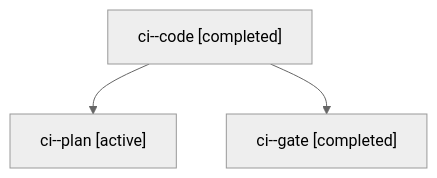
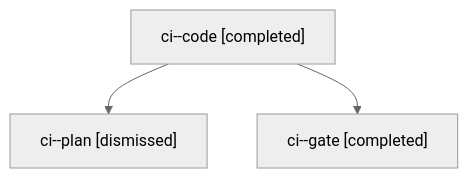
One commit to bobs-org/bob-cli--agents changed the diagram in sessions/bbugyi200.apollo.ci.md. Above: the diagram before and after it, drawn with Mermaid (neutral theme). The commit also changed other lines of this file and 22 other files, not shown here.

````diff
--- a/sessions/bbugyi200.apollo.ci.md
+++ b/sessions/bbugyi200.apollo.ci.md
@@ -9,8 +9,8 @@
 ```mermaid
 flowchart TD
   n0["ci--code [completed]"]
-  n1["ci--plan [active]"]
+  n1["ci--plan [dismissed]"]
   n0 --> n1
   n2["ci--gate [completed]"]
   n0 --> n2
 ```
````
